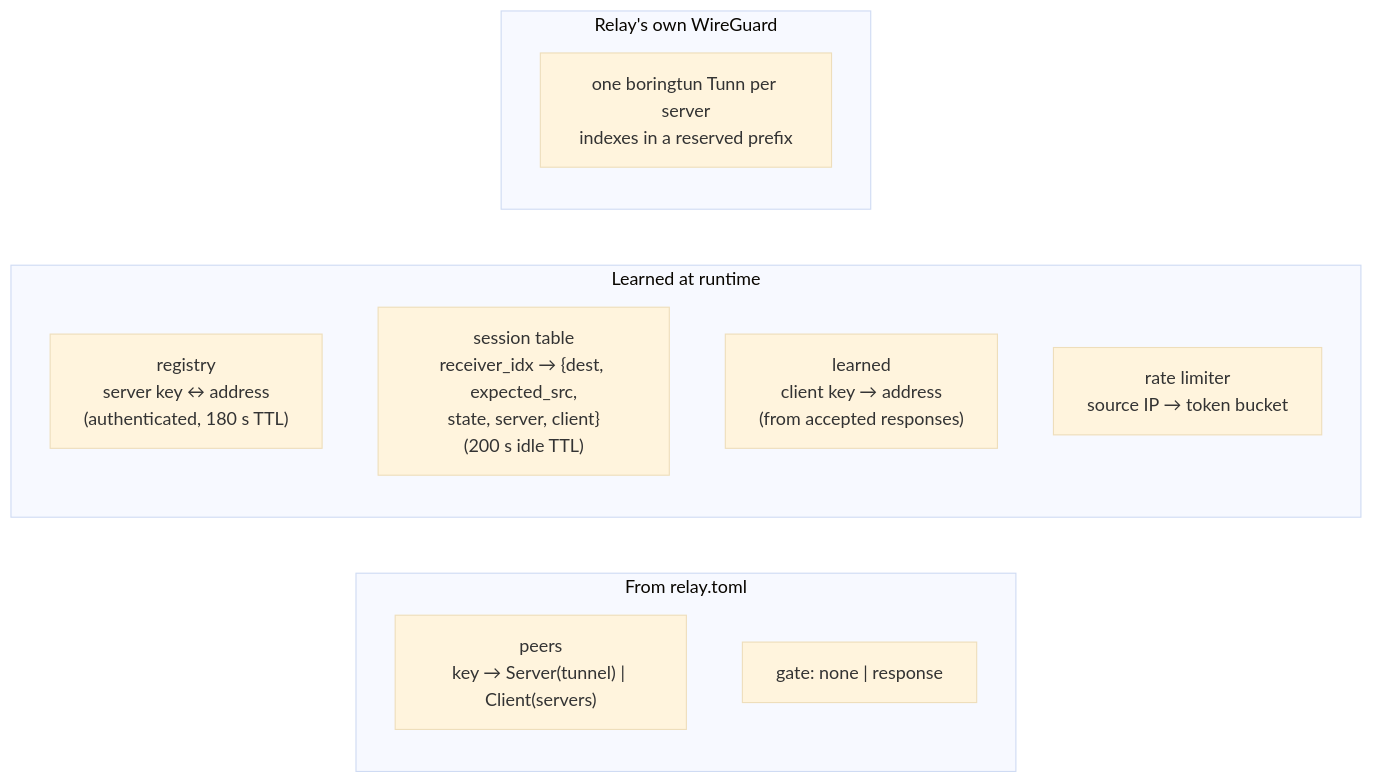
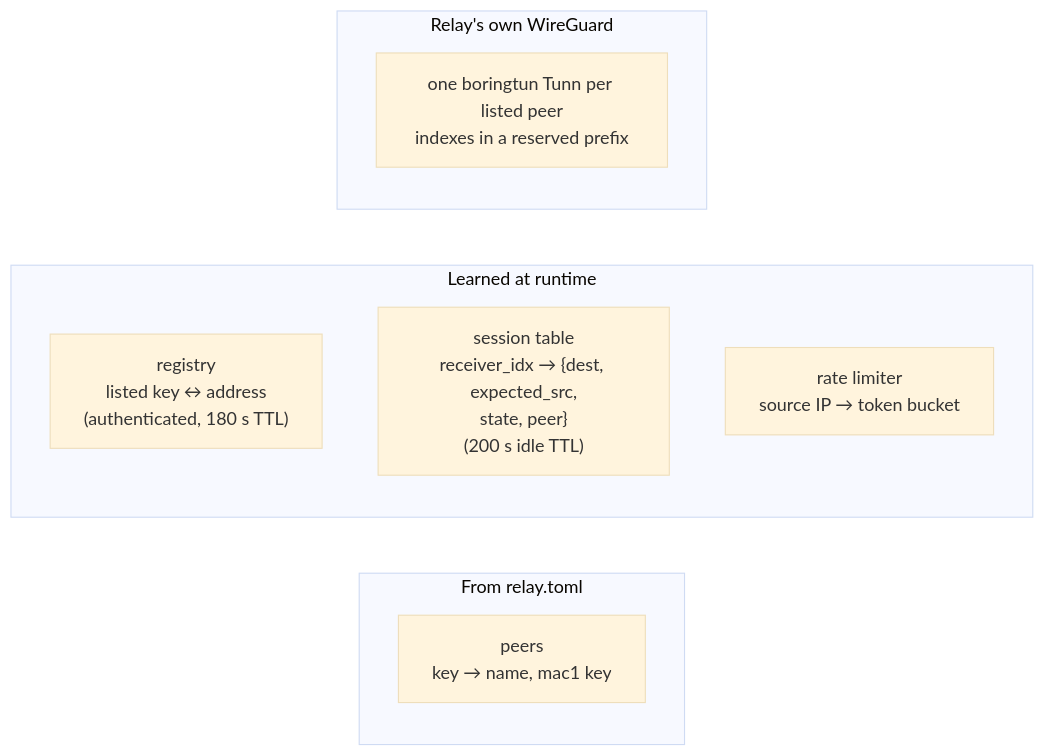
Before and after one commit to 3alpha/wg-relay: the eighth of 22 diagrams in docs/how-it-works.md, drawn with Mermaid (base theme). The commit also changed other lines of this file and 16 other files, not shown here.

First line of the commit message:
feat(config)!: replace servers, clients and gates with one peer list

````diff
--- a/docs/how-it-works.md
+++ b/docs/how-it-works.md
@@ -295,16 +297,14 @@
 ```mermaid
 flowchart LR
     subgraph cfg["From relay.toml"]
-        P["peers<br/>key → Server(tunnel) | Client(servers)"]
-        G["gate: none | response"]
+        P["peers<br/>key → name, mac1 key"]
     end
     subgraph learned_state["Learned at runtime"]
-        REG["registry<br/>server key ↔ address<br/>(authenticated, 180 s TTL)"]
-        SES["session table<br/>receiver_idx → {dest, expected_src,<br/>state, server, client}<br/>(200 s idle TTL)"]
-        LRN["learned<br/>client key → address<br/>(from accepted responses)"]
+        REG["registry<br/>listed key ↔ address<br/>(authenticated, 180 s TTL)"]
+        SES["session table<br/>receiver_idx → {dest, expected_src,<br/>state, peer}<br/>(200 s idle TTL)"]
         RL["rate limiter<br/>source IP → token bucket"]
     end
     subgraph tunnels["Relay's own WireGuard"]
-        T["one boringtun Tunn per server<br/>indexes in a reserved prefix"]
+        T["one boringtun Tunn per listed peer<br/>indexes in a reserved prefix"]
     end
 ```
````
